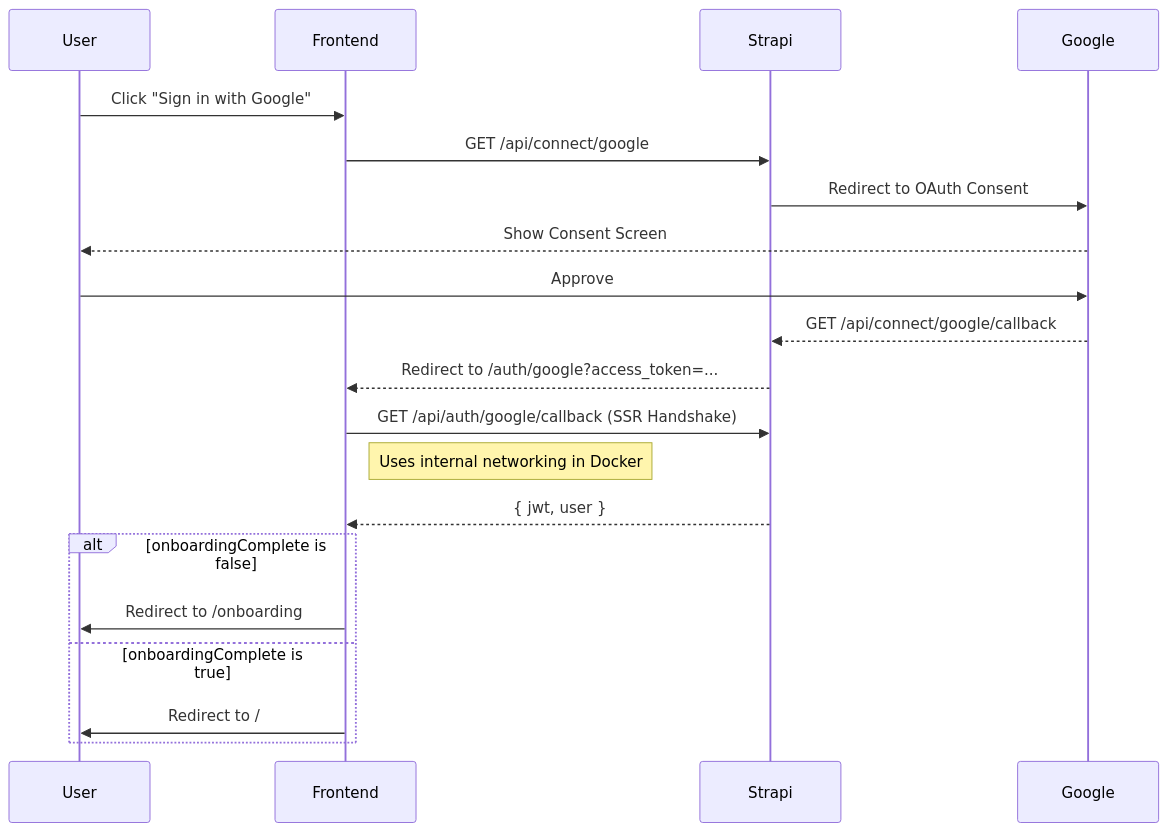
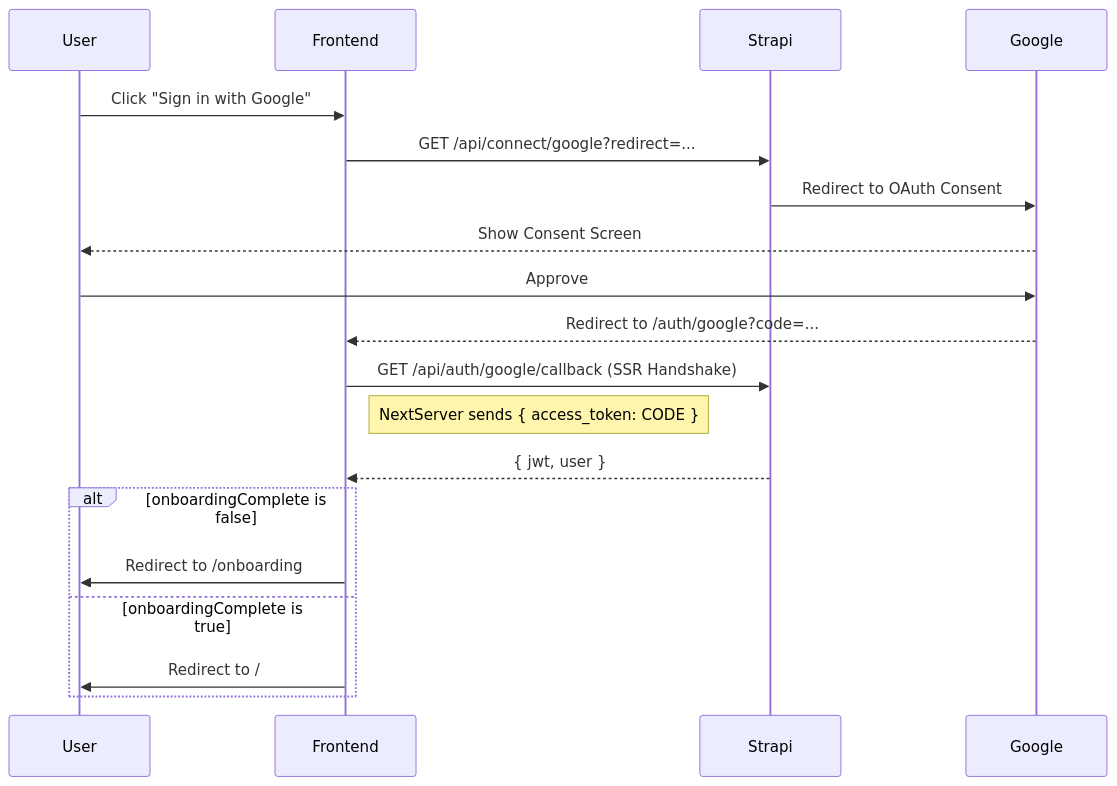
The fourth of 4 diagrams in docs/low-level-design.md (akvo/science-for-africa), drawn with Mermaid before and after one commit. The commit also changed other lines of this file and 1 other file, not shown here.

Commit message:
[#15] feat(docs): Update google oauth mermaid diagram

````diff
--- a/docs/low-level-design.md
+++ b/docs/low-level-design.md
@@ -614,23 +614,22 @@
 ```mermaid
 sequenceDiagram
     participant User
     participant Frontend
     participant Strapi
     participant Google
 
     User->>Frontend: Click "Sign in with Google"
-    Frontend->>Strapi: GET /api/connect/google
+    Frontend->>Strapi: GET /api/connect/google?redirect=...
     Strapi->>Google: Redirect to OAuth Consent
     Google-->>User: Show Consent Screen
     User->>Google: Approve
-    Google-->>Strapi: GET /api/connect/google/callback
-    Strapi-->>Frontend: Redirect to /auth/google?access_token=...
+    Google-->>Frontend: Redirect to /auth/google?code=...
     Frontend->>Strapi: GET /api/auth/google/callback (SSR Handshake)
-    Note right of Frontend: Uses internal networking in Docker
+    Note right of Frontend: NextServer sends { access_token: CODE }
     Strapi-->>Frontend: { jwt, user }
     alt onboardingComplete is false
         Frontend->>User: Redirect to /onboarding
     else onboardingComplete is true
         Frontend->>User: Redirect to /
     end
 ```
````
